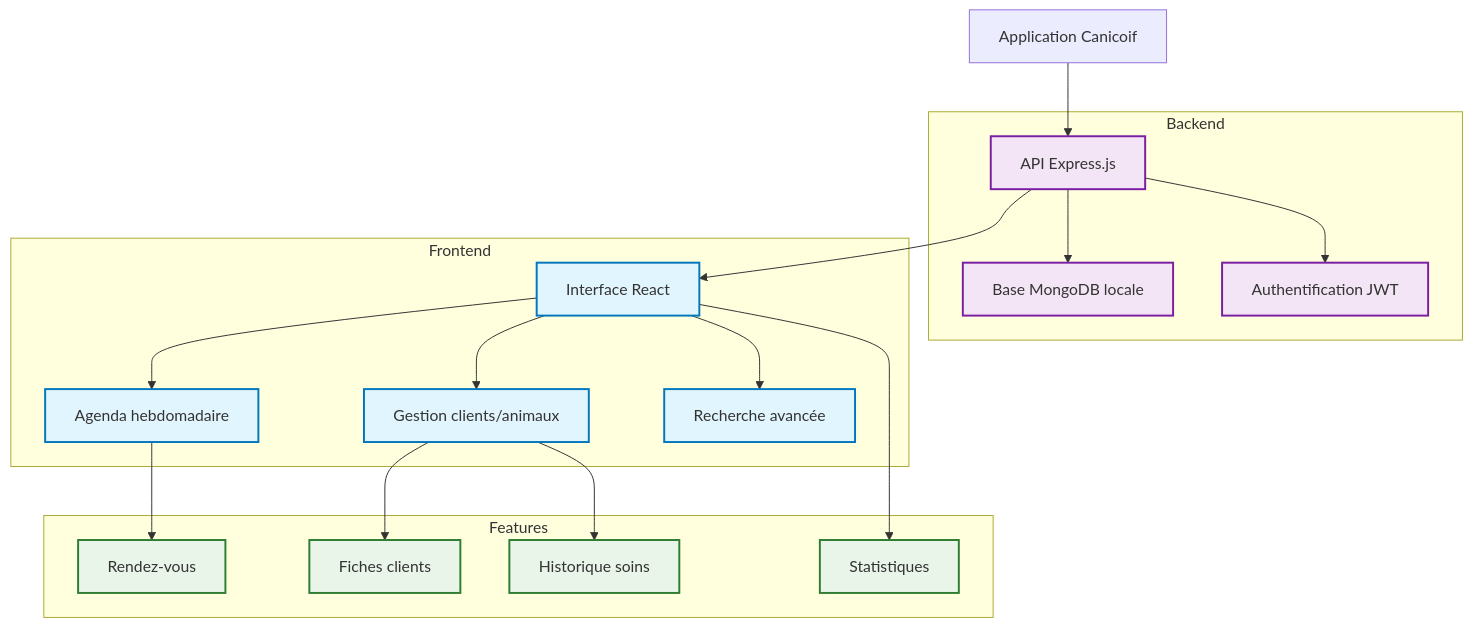
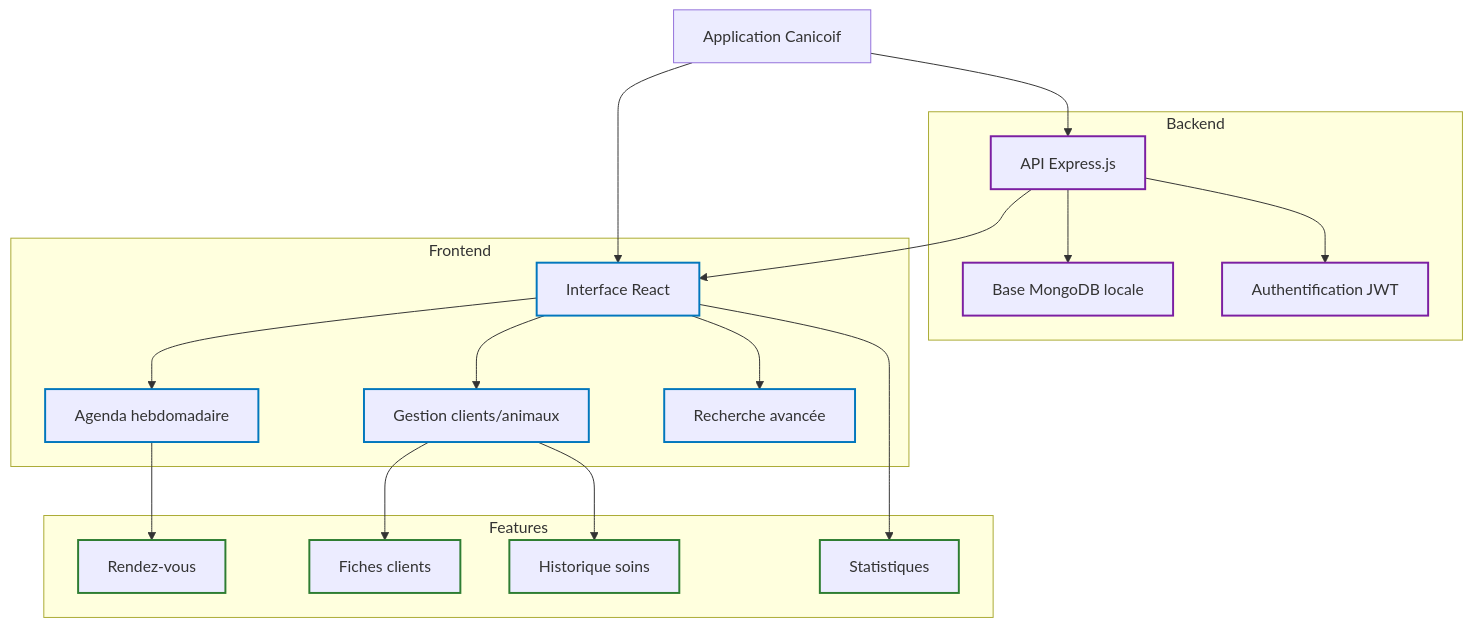
Before and after one commit to Mamath2000/canicoif-app-react: the diagram in README.md, drawn with Mermaid.

Commit message:
Mise à jour du diagramme dans le README.md pour inclure une nouvelle fonctionnalité et ajustement des styles des classes

````diff
--- a/README.md
+++ b/README.md
@@ -7,42 +7,43 @@
 ```mermaid
 flowchart TD
     A[Application Canicoif]
     subgraph Backend
         B1[API Express.js]
         B2[Base MongoDB locale]
         B3[Authentification JWT]
     end
     subgraph Frontend
         C1[Interface React]
         C2[Agenda hebdomadaire]
         C3[Gestion clients/animaux]
         C4[Recherche avancée]
     end
     subgraph Features
         D1[Rendez-vous]
         D2[Fiches clients]
         D3[Historique soins]
         D4[Statistiques]
     end
 
     A --> B1
+    A --> C1
     B1 --> B2
     B1 --> B3
     B1 --> C1
     C1 --> C2
     C1 --> C3
     C1 --> C4
     C2 --> D1
     C3 --> D2
     C3 --> D3
     C1 --> D4
 
     %% Styles
-    classDef frontend fill:#e1f5fe,stroke:#0277bd,stroke-width:2px;
-    classDef backend fill:#f3e5f5,stroke:#7b1fa2,stroke-width:2px;
-    classDef features fill:#e8f5e8,stroke:#2e7d32,stroke-width:2px;
+    classDef frontend fill,stroke:#0277bd,stroke-width:2px;
+    classDef backend fill,stroke:#7b1fa2,stroke-width:2px;
+    classDef features fill,stroke:#2e7d32,stroke-width:2px;
     
     class C1,C2,C3,C4 frontend;
     class B1,B2,B3 backend;
     class D1,D2,D3,D4 features;
 ```
````
